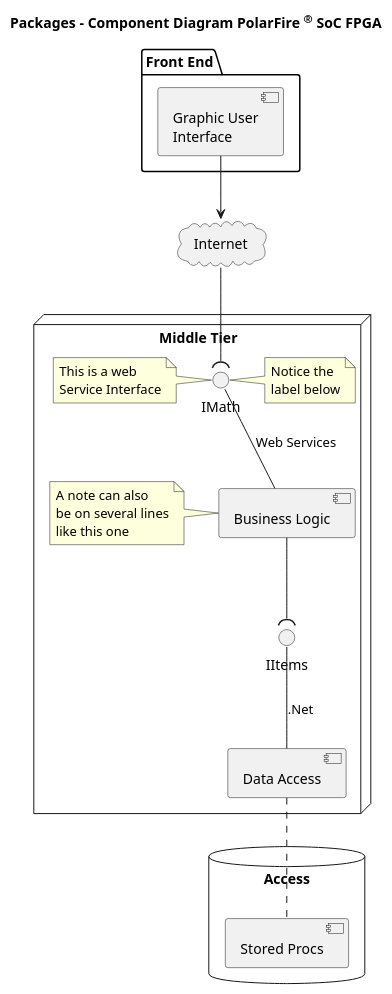
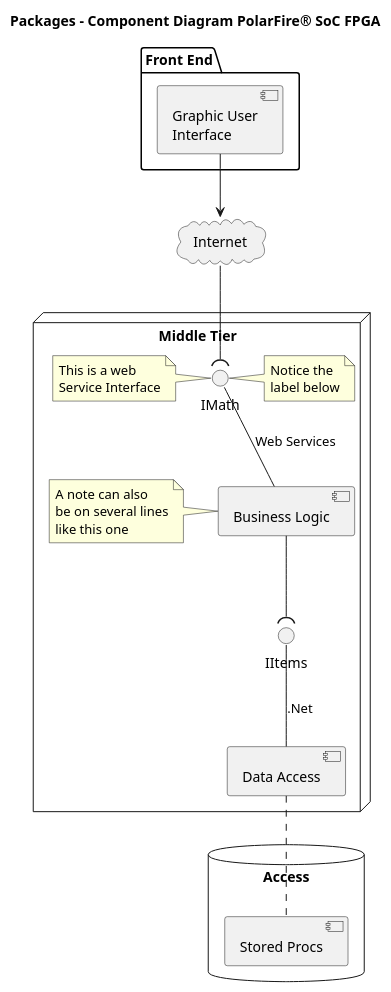
Before and after one commit to amantalwar04/hello-world: the diagram in images/testother.iuml, drawn with PlantUML.

```diff
--- a/images/testother.iuml
+++ b/images/testother.iuml
@@ -1,41 +1,41 @@
 @startuml
 
 skinparam componentStyle uml2
 
-title Packages - Component Diagram PolarFire <sup><U+00AE></sup> SoC FPGA
+title Packages - Component Diagram PolarFire<U+00AE> SoC FPGA
 
 package "Front End" {
     component [Graphic User\nInterface] as GUI
 }
 
 cloud Internet {
 }
  
 node "Middle Tier" {
     [Business Logic]
     [Data Access] as DA  
     interface IMath as Math
     note left of Math : This is a web\nService Interface
     note right of Math : Notice the\nlabel below
     interface "IItems" as Items
     
     note left of [Business Logic]
         A note can also
         be on several lines
         like this one
     end note
     
 } 
 
 database "Access\n" {
     [Stored Procs]
 }
 
 GUI -down-> Internet
 Internet -down-( Math
 [Business Logic] -up- Math : Web Services
 DA -up- Items  : .Net
 [Business Logic] --( Items
 DA .. [Stored Procs]
 
 @enduml
```
